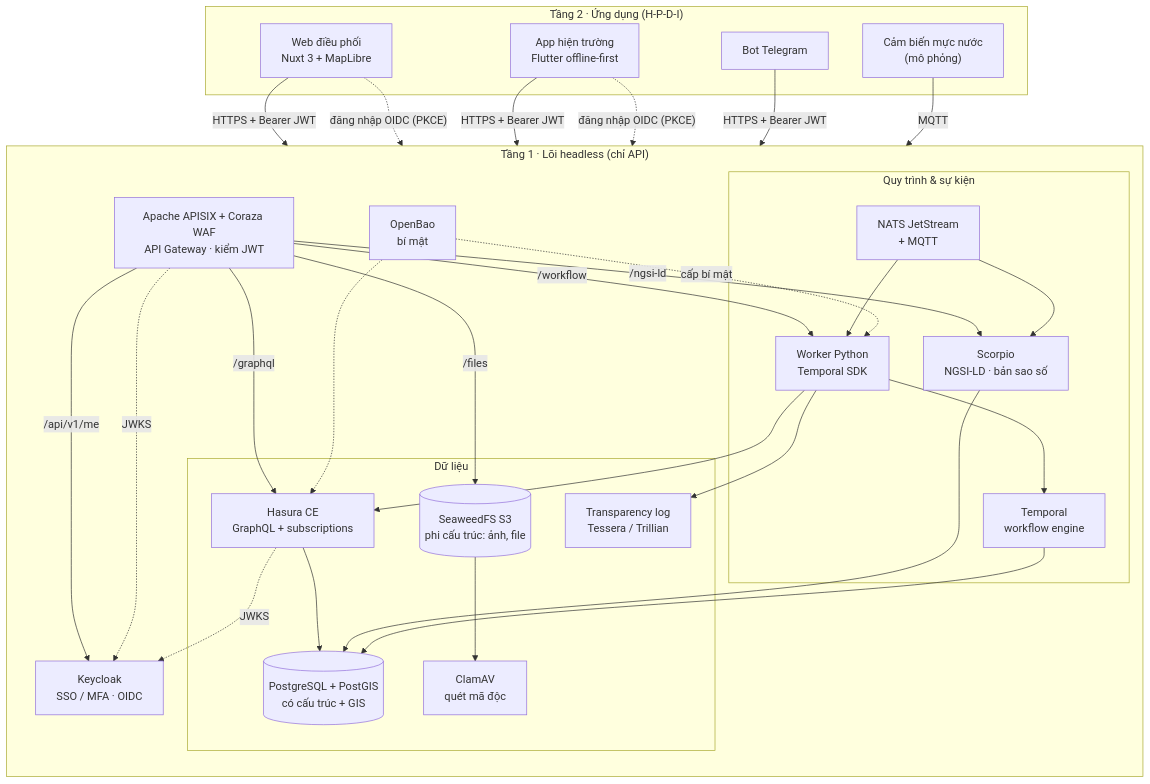
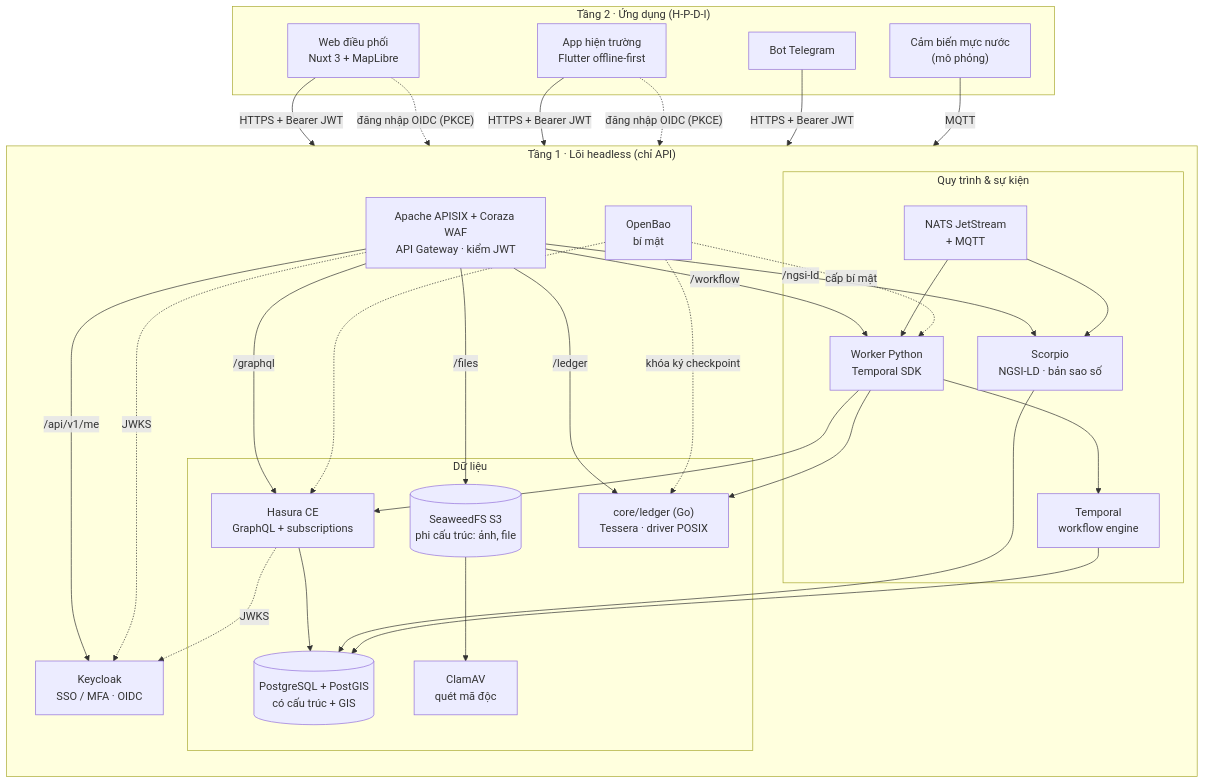
The first of 5 diagrams in docs/architecture.md (disaster-dxos/disaster-dxos), drawn with Mermaid before and after one commit. The commit also changed other lines of this file and 5 other files, not shown here.

````diff
--- a/docs/architecture.md
+++ b/docs/architecture.md
@@ -12,55 +12,57 @@
 ```mermaid
 flowchart TB
   subgraph T2["Tầng 2 · Ứng dụng (H-P-D-I)"]
     WEB["Web điều phối<br/>Nuxt 3 + MapLibre"]
     APP["App hiện trường<br/>Flutter offline-first"]
     BOT["Bot Telegram"]
     SENSOR["Cảm biến mực nước<br/>(mô phỏng)"]
   end
 
   subgraph T1["Tầng 1 · Lõi headless (chỉ API)"]
     direction TB
     GW["Apache APISIX + Coraza WAF<br/>API Gateway · kiểm JWT"]
     KC["Keycloak<br/>SSO / MFA · OIDC"]
     BAO["OpenBao<br/>bí mật"]
 
     subgraph DATA["Dữ liệu"]
       PG[("PostgreSQL + PostGIS<br/>có cấu trúc + GIS")]
       HS["Hasura CE<br/>GraphQL + subscriptions"]
       SW[("SeaweedFS S3<br/>phi cấu trúc: ảnh, file")]
       AV["ClamAV<br/>quét mã độc"]
-      TL["Transparency log<br/>Tessera / Trillian"]
+      TL["core/ledger (Go)<br/>Tessera · driver POSIX"]
     end
 
     subgraph FLOW["Quy trình & sự kiện"]
       TP["Temporal<br/>workflow engine"]
       WK["Worker Python<br/>Temporal SDK"]
       NATS["NATS JetStream<br/>+ MQTT"]
       SC["Scorpio<br/>NGSI-LD · bản sao số"]
     end
   end
 
   WEB & APP & BOT -->|"HTTPS + Bearer JWT"| GW
   WEB & APP -.->|"đăng nhập OIDC (PKCE)"| KC
   SENSOR -->|"MQTT"| NATS
 
   GW -->|"/api/v1/me"| KC
   GW -->|"/graphql"| HS
   GW -->|"/files"| SW
   GW -->|"/workflow"| WK
   GW -->|"/ngsi-ld"| SC
+  GW -->|"/ledger"| TL
 
   HS --> PG
   SC --> PG
   TP --> PG
   WK --> TP
   WK --> HS
   WK --> TL
   SW --> AV
   NATS --> WK
   NATS --> SC
   BAO -.->|"cấp bí mật"| WK
   BAO -.-> HS
+  BAO -.->|"khóa ký checkpoint"| TL
   GW -.->|"JWKS"| KC
   HS -.->|"JWKS"| KC
 ```
````
